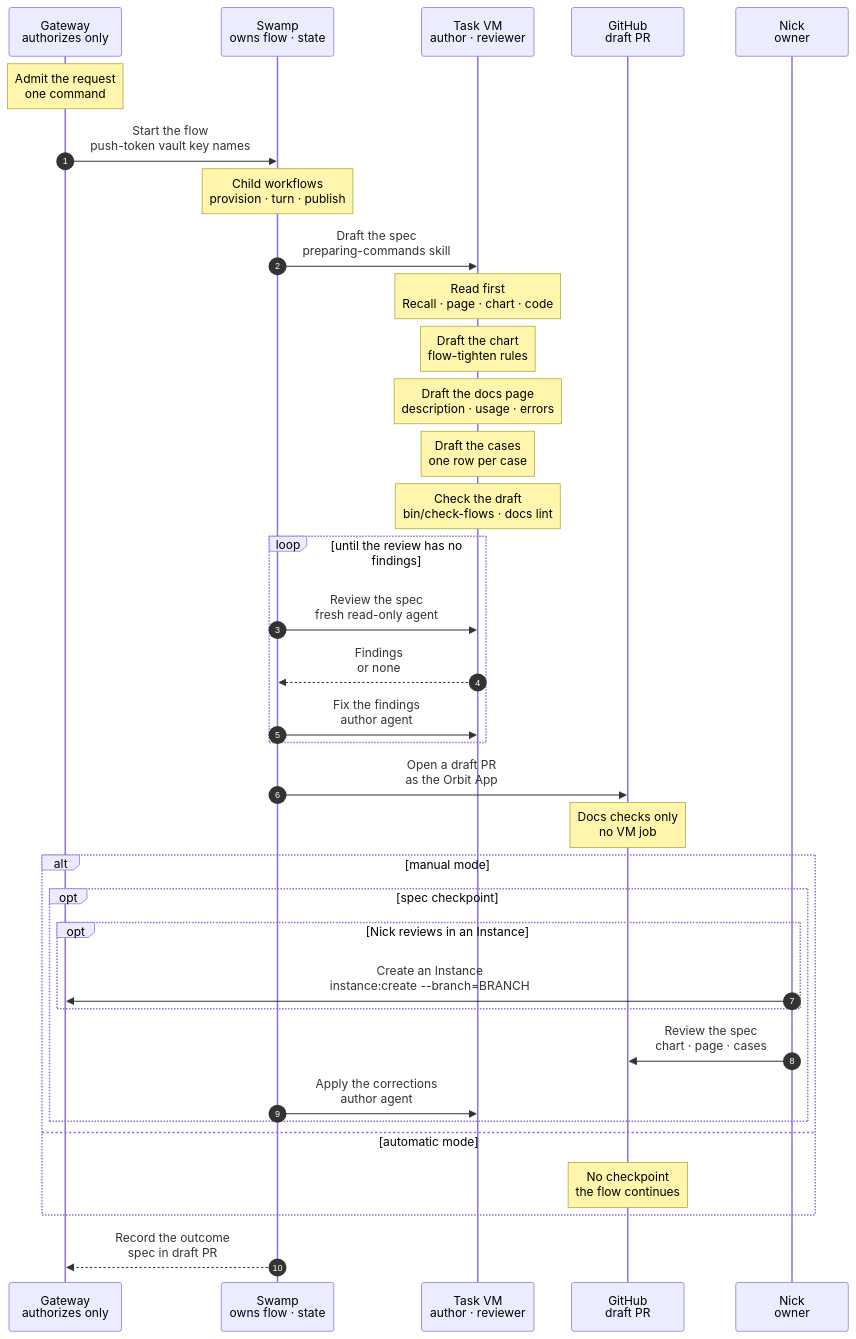
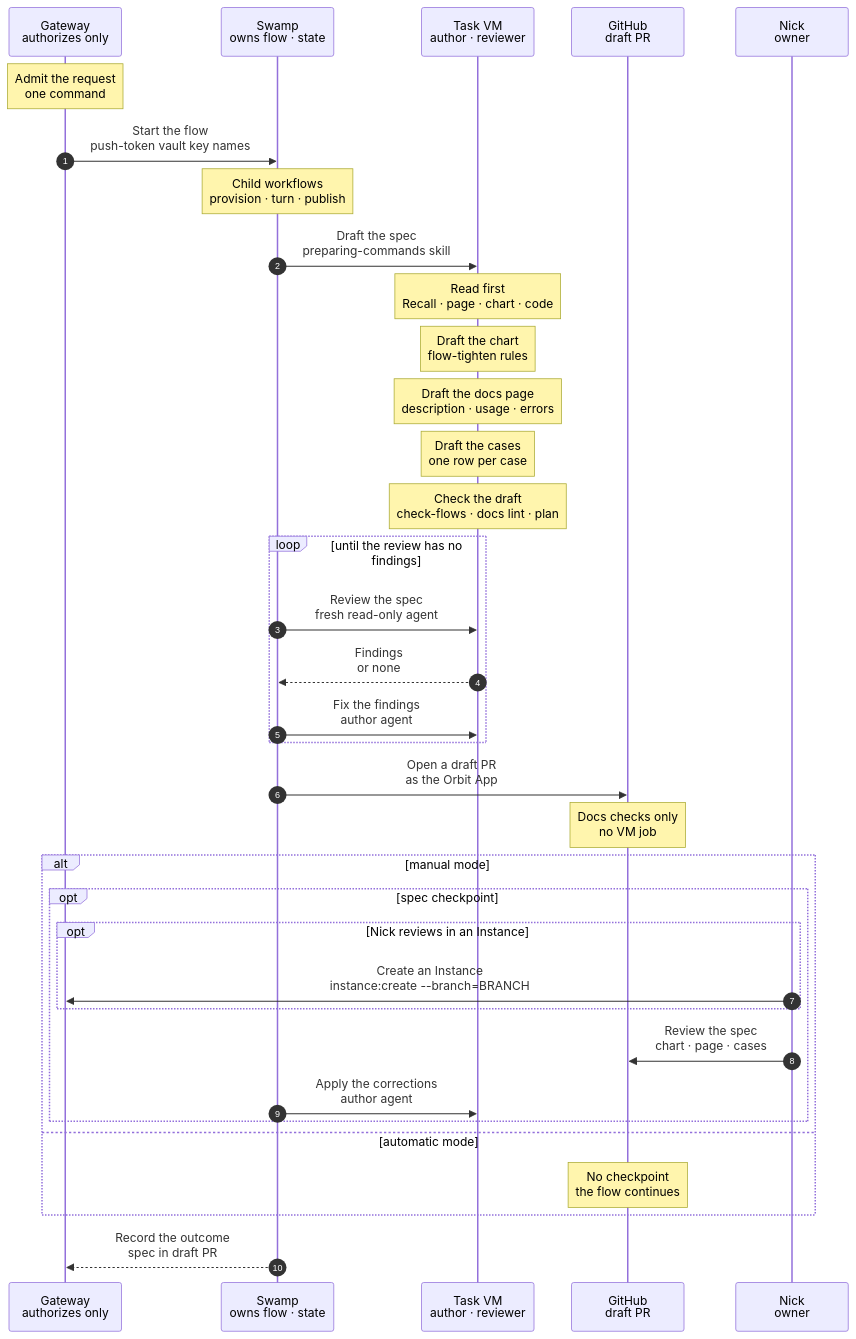
Before and after one commit to hardimpactdev/orbit: the diagram in docs/reference/pipeline/1-prep.mmd, drawn with Mermaid. The commit also changed 5 other files, not shown here.

First line of the commit message:
feat(gateway): make the prep check run the runner plan of the cases file (#2884)

```diff
--- a/docs/reference/pipeline/1-prep.mmd
+++ b/docs/reference/pipeline/1-prep.mmd
@@ -1,124 +1,127 @@
 sequenceDiagram
   %% Target design: stage 1 of the command development pipeline (docs/reference/command-development-pipeline.mdx). A command has one PR, and this stage starts it. Swamp owns the flow and its state; the Gateway only authorizes it: it admits each request, mints short-lived GitHub App tokens, passes them by vault key name, and records outcomes. An author agent drafts the spec (chart, docs page and cases), a separate review agent checks it, and Swamp opens a draft PR as the Orbit App. The spec is the first commit of that PR. In manual mode, Nick may review the spec in the draft before code is written; in automatic mode there is no checkpoint. The code and the runnable proof cases follow in the same PR (stages 2 to 4), and stage 4 holds the gate and the merge.
   %% status: draft
   %% command: development pipeline stage 1 · start the command PR with its spec
   %% kind: pipeline.1-prep
   autonumber
   %% lane GW icon=gateway pill=intent tone=blue
   %% lane SW icon=workflow pill=executes tone=green
   %% lane VM icon=terminal pill=target tone=gray
   %% lane GH icon=server pill=target tone=purple
   %% lane NK icon=terminal pill=caller tone=amber
   participant GW as Gateway<br/>authorizes only
   participant SW as Swamp<br/>owns flow · state
   participant VM as Task VM<br/>author · reviewer
   participant GH as GitHub<br/>draft PR
   participant NK as Nick<br/>owner
   Note over GW: Admit the request<br/>one command
   %%> What it does:
   %%> - authorizes the request to start the PR of one command
   %%> - records the operation, so the CLI and web show its state
   %%> - names the vault keys of the push token; the publish step mints the token when it runs
   %%> Why:
   %%> - the Gateway only authorizes; Swamp owns the flow and all of its state
   GW->>SW: Start the flow<br/>push-token vault key names
   %%> Inputs:
   %%> - the command and its family
   %%> - the vault key names of the push token, never a token
   %%> Built or not:
   %%> - built: `tasks:prep` admits the run and Swamp runs it as the workflow `operation-task-prep`
   %%> - not built: the automatic mode, which a flow input would set
   Note over SW: Child workflows<br/>provision · turn · publish
   %%> What it does:
   %%> - the arrows below from Swamp to the task VM and to GitHub are child workflows of one parent run: `operation-task-provision`, `operation-task-turn` for the draft, review and fix turns, and `operation-task-publish` with a draft
   %%> - the Gateway captured their whole intent at admission and Swamp passes it down as inputs; no step calls the Gateway
   %%> - the commit and tree the draft leaves, which the Gateway cannot know at admission, pass from step to step inside the run
   SW->>VM: Draft the spec<br/>preparing-commands skill
   %%> What it does:
   %%> - the author agent drafts the chart, the docs page and the verification cases in a task VM
   %%> - this commit changes no code
   Note over VM: Read first<br/>Recall · page · chart · code
   %%> What it does:
   %%> - Recall `resolve` for the command and its family, and `decisions` for the family; current decisions override older text
   %%> - reads the existing page and chart; reads the code only to learn what exists, never as the target
   %%> - for a command that already has a spec from a docs-only PR, starts from it and updates it
   %%> - for a sibling of an approved command, starts from the sibling's chart, page and cases
   Note over VM: Draft the chart<br/>flow-tighten rules
   %%> What it does:
   %%> - writes `docs/cli/FAMILY/COMMAND.mmd`, the ideal flow, even where the code differs
   %%> - the main path uses required parameters only; each optional flag gets its own `opt` block
   %%> - uses role names and placeholders, never Node ids, task ids or hostnames
   %%> - shows the failure and cleanup contract: what a failure leaves behind, what a rerun does
   Note over VM: Draft the docs page<br/>description · usage · errors
   %%> What it does:
   %%> - writes `docs/cli/FAMILY/COMMAND.mdx` in this order: description, usage, how it works, errors
   %%> - states the rerun behavior, with the reason code of a skip
   Note over VM: Draft the cases<br/>one row per case
   %%> What it does:
   %%> - writes `swamp/proof/FAMILY/COMMAND.cases.yaml` from the chart and the page, never from the code; each case names its chart path and its batch from `swamp/proof/batches.yaml`
   %%> - covers required arguments only, each flag, each error on the chart, a repeat, and a failure after a partial change
   %%> - marks a case that the code fails today; never weakens a case to fit the code
-  Note over VM: Check the draft<br/>bin/check-flows · docs lint
+  Note over VM: Check the draft<br/>check-flows · docs lint · plan
   %%> What it does:
   %%> - runs `bin/check-flows`, `composer docs-build` and `composer docs-lint`
+  %%> - runs `python3 swamp/proof/runner/runner.py plan --file` on the cases file of the command; the plan must exit 0, so a cases file that the runner refuses, such as a step it does not have, goes back to the author
+  %%> - a case that needs something the runner lacks is listed under `uncovered`, never written as a step; the runner is not changed
   %%> - walks every error code, flag and repeat of the page against the cases
   loop until the review has no findings
     SW->>VM: Review the spec<br/>fresh read-only agent
     %%> What it does:
     %%> - a separate review agent, on another model than the author's and at high effort, checks the spec against the skills and the CLI standard
     %%> Decided by the orchestrator, for Nick's review:
     %%> - the chart names no model. The Pi policy of task agents allows only the group's provider and refuses Claude models, so the review agent runs on the reviewer model of the group, which differs from the author's
     %%> - it never wrote the spec
+    %%> - it runs the same plan; a refusal is a finding it cannot approve past
     VM-->>SW: Findings<br/>or none
     SW->>VM: Fix the findings<br/>author agent
     %%> When:
     %%> - only when the review has findings
     %%> Result:
     %%> - the author agent fixes every finding it can settle with the rules and Recall decisions
   end
   SW->>GH: Open a draft PR<br/>as the Orbit App
   %%> What it does:
   %%> - asks the Gateway for a token at this step, then reads it from the vault by its key name; no task VM holds it
   %%> - pushes the branch whose first commit holds the chart, page and cases of one command and nothing else
   %%> - opens the PR as a draft; it stays a draft until stage 4
   %%> - this is the one PR of the command: code and runnable proof cases join it later, and no separate docs PR exists
   %%> Built:
   %%> - the run opens the PR with the child workflow of `tasks:publish --draft`, so the App opens the spec PR
   Note over GH: Docs checks only<br/>no VM job
   %%> Why:
   %%> - the spec commit changes documentation only, so CI runs the docs checks and never the proof CI; the proof CI starts with the code
   alt manual mode
     opt spec checkpoint
       opt Nick reviews in an Instance
         NK->>GW: Create an Instance<br/>instance:create --branch=BRANCH
         %%> What it does:
         %%> - creates a development Instance that checks out the PR branch
         %%> - Nick and an agent review and adjust the spec there
         %%> Built or not:
         %%> - built: `instance:create --branch` checks out an existing origin branch (`docs/cli/instance/create.mdx`, Branch selection)
       end
       NK->>GH: Review the spec<br/>chart · page · cases
       %%> What it does:
       %%> - Nick reviews the chart, the page and the cases in the draft before any code is written
       %%> - each correction is a new commit on the same branch
       %%> - Nick approves the spec; the chart is then marked `%% status: reviewed`
       %%> Why:
       %%> - a wrong spec is cheapest to fix before code follows it
       SW->>VM: Apply the corrections<br/>author agent
       %%> When:
       %%> - only when Nick asks for corrections
       %%> Result:
       %%> - the author agent applies them, checks the draft again and pushes
       %%> Not built:
       %%> - this step; today an agent applies Nick's corrections by hand on the PR branch
     end
   else automatic mode
     Note over GH: No checkpoint<br/>the flow continues
     %%> Why:
     %%> - the review agents' clean pass is the spec approval; the final self-review in stage 4 reads the whole PR
   end
   SW-->>GW: Record the outcome<br/>spec in draft PR
   %%> Result:
   %%> - the Gateway records the draft PR with its spec commit, for the CLI and web
   %%> - the command is not ready and not merged; building starts in the same PR with stage 2, and stages 3 and 4 follow in it
   %%> - a command already prepared through a docs-only PR stays as it is; when its turn comes, this flow reviews and updates its spec
```
